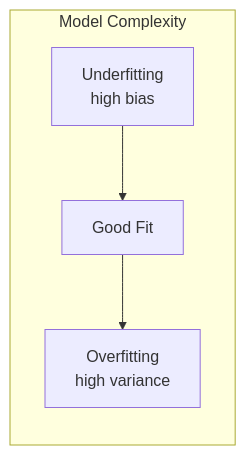
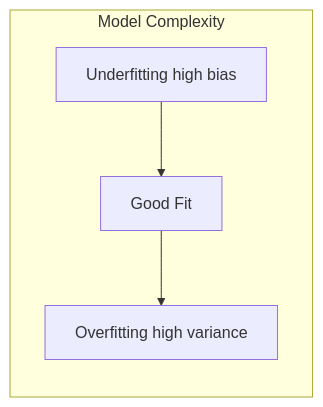
The third of 6 diagrams in exam_answers/test_answer_key.md (chinnaip/DeeplearingClassNotes), drawn with Mermaid before and after one commit. The commit also changed other lines of this file, not shown here.

````diff
--- a/exam_answers/test_answer_key.md
+++ b/exam_answers/test_answer_key.md
@@ -64,6 +64,6 @@
 ```mermaid
 graph LR
     subgraph Fit["Model Complexity"]
-        U["Underfitting\nhigh bias"] --> G["Good Fit"] --> O["Overfitting\nhigh variance"]
+        U["Underfitting high bias"] --> G["Good Fit"] --> O["Overfitting high variance"]
     end
 ```
````
